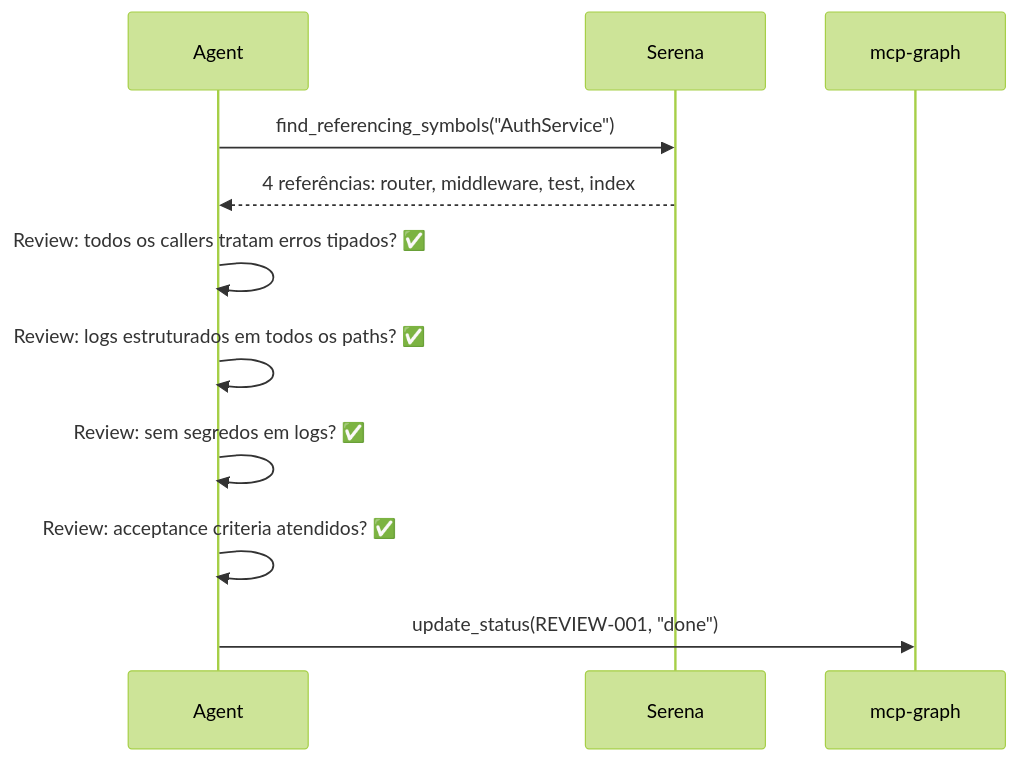
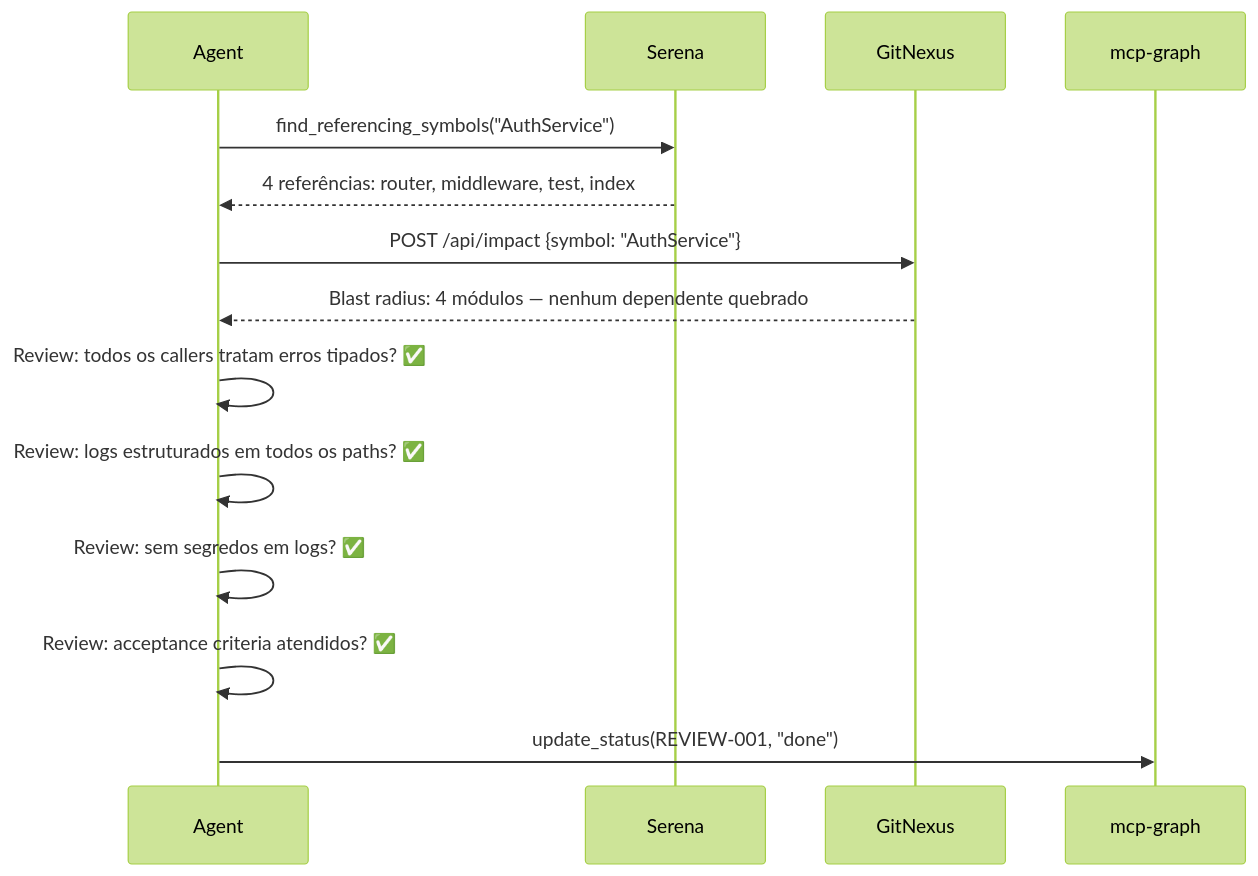
Before and after one commit to sraphaz/mcp-graph-workflow: diagram 11 of 19 in docs/LIFECYCLE.md, drawn with Mermaid (forest theme). The commit also changed other lines of this file, not shown here.

Commit message:
chore: update architecture and knowledge pipeline details in LIFECYCLE.md

````diff
--- a/docs/LIFECYCLE.md
+++ b/docs/LIFECYCLE.md
@@ -285,14 +399,17 @@
 ```mermaid
 sequenceDiagram
     participant A as Agent
     participant Serena as Serena
+    participant GN as GitNexus
     participant MCP as mcp-graph
 
     A->>Serena: find_referencing_symbols("AuthService")
     Serena-->>A: 4 referências: router, middleware, test, index
+    A->>GN: POST /api/impact {symbol: "AuthService"}
+    GN-->>A: Blast radius: 4 módulos — nenhum dependente quebrado
     A->>A: Review: todos os callers tratam erros tipados? ✅
     A->>A: Review: logs estruturados em todos os paths? ✅
     A->>A: Review: sem segredos em logs? ✅
     A->>A: Review: acceptance criteria atendidos? ✅
     A->>MCP: update_status(REVIEW-001, "done")
 ```
````
